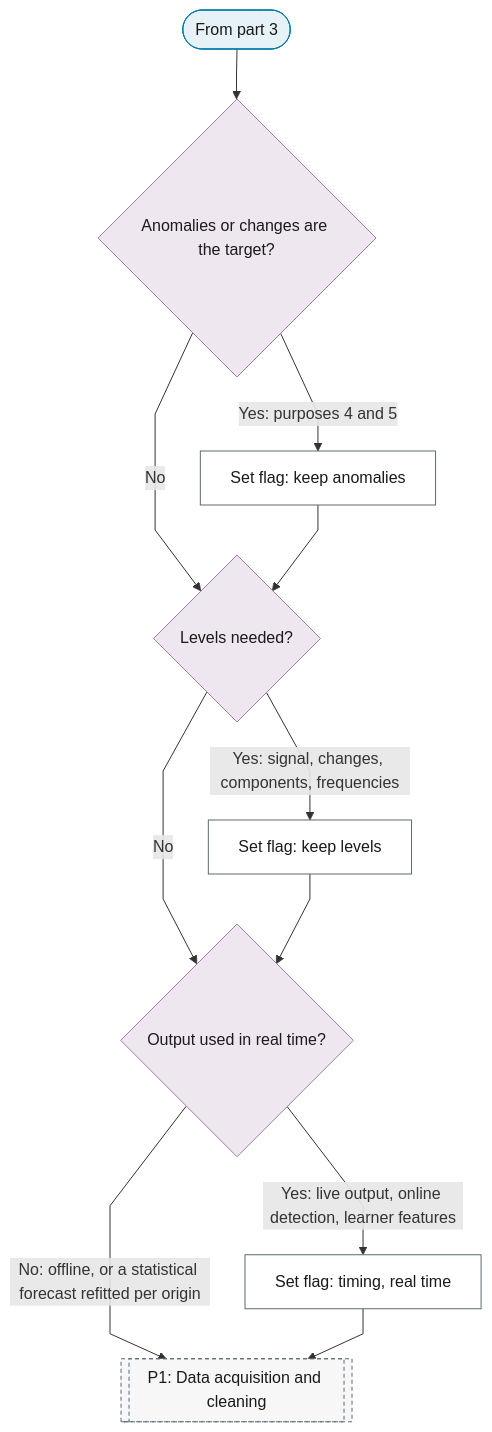
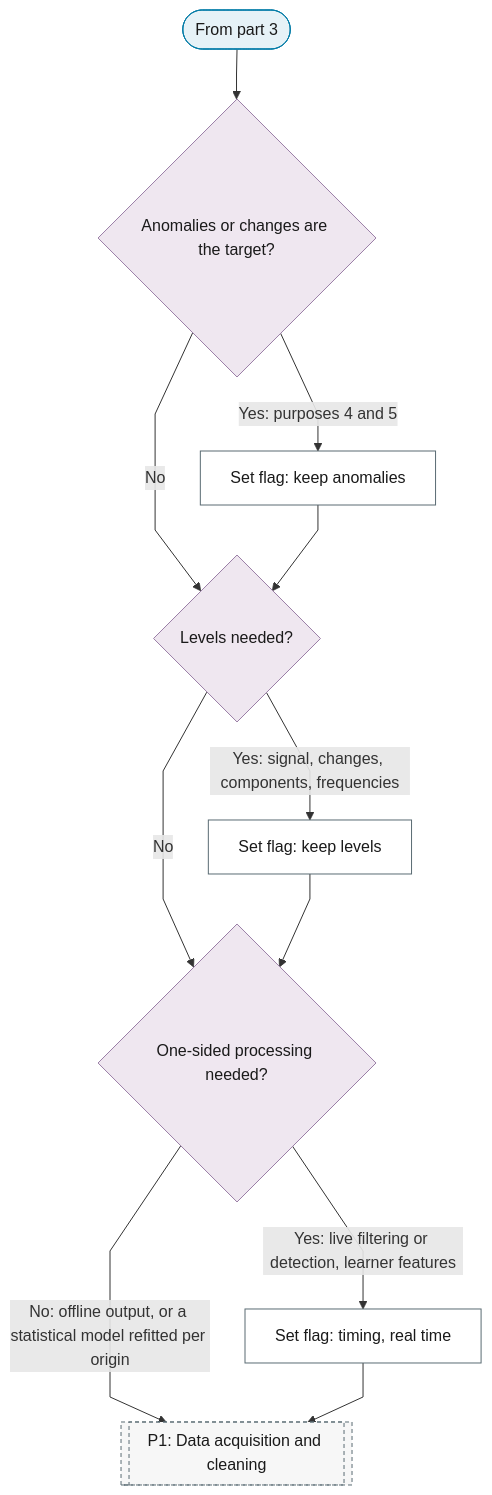
The fourth of 4 diagrams in docs/01-workflow/p00-purpose/index.md (Shuxin-Y/time-series-analysis-manual), drawn with Mermaid before and after one commit. The commit also changed other lines of this file and 17 other files, not shown here.

First line of the commit message:
fix(charts): round-3 review fixes to seasonality, thresholds and branch flags

````diff
--- a/docs/01-workflow/p00-purpose/index.md
+++ b/docs/01-workflow/p00-purpose/index.md
@@ -113,26 +113,26 @@
 ```mermaid
 %%{init: {"flowchart": {"curve": "linear"}}}%%
 graph TD
     P0_PART_4_IN(["From part 3"]) --> P0_KEEP_ANOMALIES{"Anomalies or changes are the target?"}
     P0_KEEP_ANOMALIES -->|"Yes: purposes 4 and 5"| P0_KEEP_ANOMALIES_FLAG["Set flag: keep anomalies"]
     P0_KEEP_ANOMALIES -->|"No"| P0_KEEP_LEVELS{"Levels needed?"}
     P0_KEEP_ANOMALIES_FLAG --> P0_KEEP_LEVELS
     P0_KEEP_LEVELS -->|"Yes: signal, changes, components, frequencies"| P0_KEEP_LEVELS_FLAG["Set flag: keep levels"]
-    P0_KEEP_LEVELS -->|"No"| P0_TIMING{"Output used in real time?"}
+    P0_KEEP_LEVELS -->|"No"| P0_TIMING{"One-sided processing needed?"}
     P0_KEEP_LEVELS_FLAG --> P0_TIMING
-    P0_TIMING -->|"Yes: live output, online detection, learner features"| P0_REAL_TIME_FLAG["Set flag: timing, real time"]
-    P0_TIMING -->|"No: offline, or a statistical forecast refitted per origin"| P1[["P1: Data acquisition and cleaning"]]
+    P0_TIMING -->|"Yes: live filtering or detection, learner features"| P0_REAL_TIME_FLAG["Set flag: timing, real time"]
+    P0_TIMING -->|"No: offline output, or a statistical model refitted per origin"| P1[["P1: Data acquisition and cleaning"]]
     P0_REAL_TIME_FLAG --> P1
     class P0_PART_4_IN terminator
     class P0_KEEP_ANOMALIES,P0_KEEP_LEVELS,P0_TIMING decision
     class P0_KEEP_ANOMALIES_FLAG,P0_KEEP_LEVELS_FLAG,P0_REAL_TIME_FLAG process
     class P1 ref
     classDef terminator fill:#E6F2F7,stroke:#007BA7,color:#1A1A1A;
     classDef process fill:#FFFFFF,stroke:#5A6B73,color:#1A1A1A;
     classDef decision fill:#EFE7F0,stroke:#9B7FA7,color:#1A1A1A;
     classDef data fill:#FFF4E0,stroke:#C9A55E,color:#1A1A1A;
     classDef good fill:#DCEFD8,stroke:#4A7A3F,color:#1A1A1A;
     classDef escalate fill:#FFE9C2,stroke:#C9A55E,color:#1A1A1A;
     classDef problem fill:#F2D9DE,stroke:#800020,color:#1A1A1A;
     classDef ref fill:#F7F7F7,stroke:#5A6B73,color:#1A1A1A,stroke-dasharray:4 3;
 ```
````
